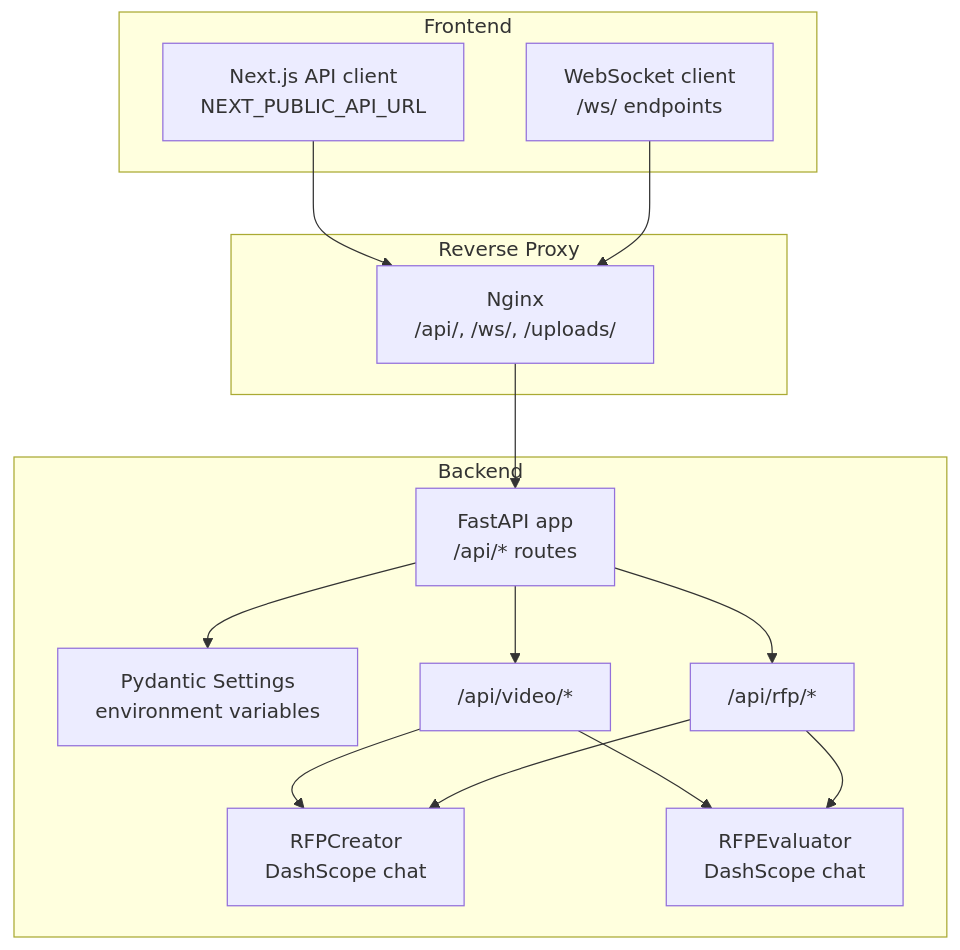
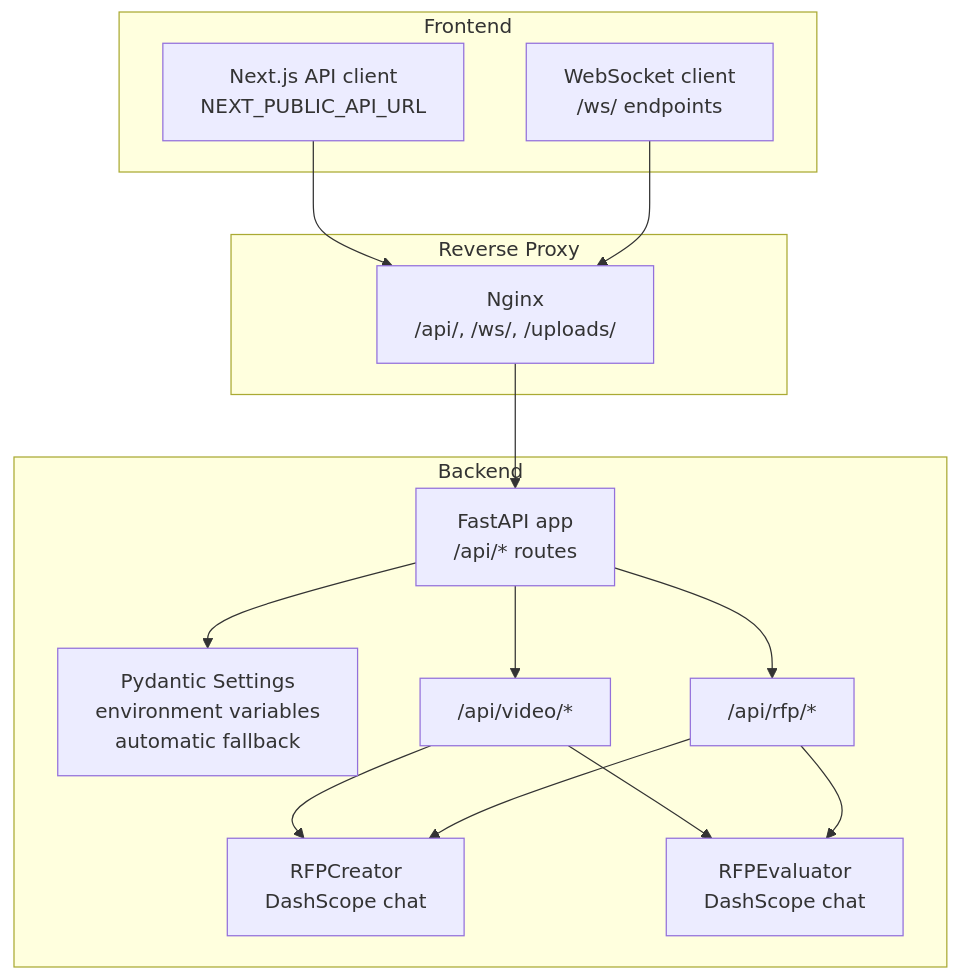
The first of 8 diagrams in .qoder/repowiki/en/content/Configuration and Environment.md (alexandreybasta-cyber/dubai-media-ai), drawn with Mermaid before and after one commit. The commit also changed other lines of this file and 25 other files, not shown here.

````diff
--- a/.qoder/repowiki/en/content/Configuration and Environment.md
+++ b/.qoder/repowiki/en/content/Configuration and Environment.md
@@ -39,28 +53,28 @@
 ```mermaid
 graph TB
 subgraph "Frontend"
 FE_API["Next.js API client<br/>NEXT_PUBLIC_API_URL"]
 FE_WS["WebSocket client<br/>/ws/ endpoints"]
 end
 subgraph "Reverse Proxy"
 NGINX["Nginx<br/>/api/, /ws/, /uploads/"]
 end
 subgraph "Backend"
 MAIN["FastAPI app<br/>/api/* routes"]
-CFG["Pydantic Settings<br/>environment variables"]
+CFG["Pydantic Settings<br/>environment variables<br/>automatic fallback"]
 SVC_CREATOR["RFPCreator<br/>DashScope chat"]
 SVC_EVAL["RFPEvaluator<br/>DashScope chat"]
 ROUTER_VIDEO["/api/video/*"]
 ROUTER_RFP["/api/rfp/*"]
 end
 FE_API --> NGINX
 FE_WS --> NGINX
 NGINX --> MAIN
 MAIN --> CFG
 MAIN --> ROUTER_VIDEO
 MAIN --> ROUTER_RFP
 ROUTER_VIDEO --> SVC_CREATOR
 ROUTER_VIDEO --> SVC_EVAL
 ROUTER_RFP --> SVC_CREATOR
 ROUTER_RFP --> SVC_EVAL
 ```
````
